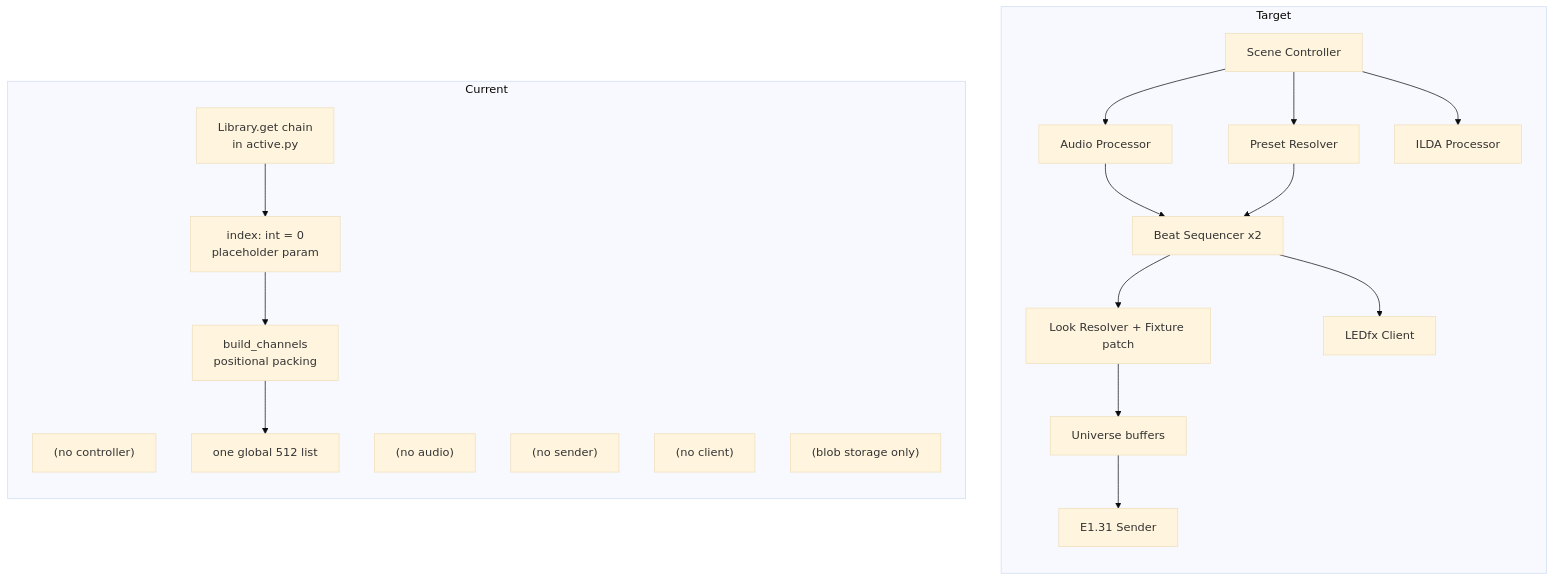
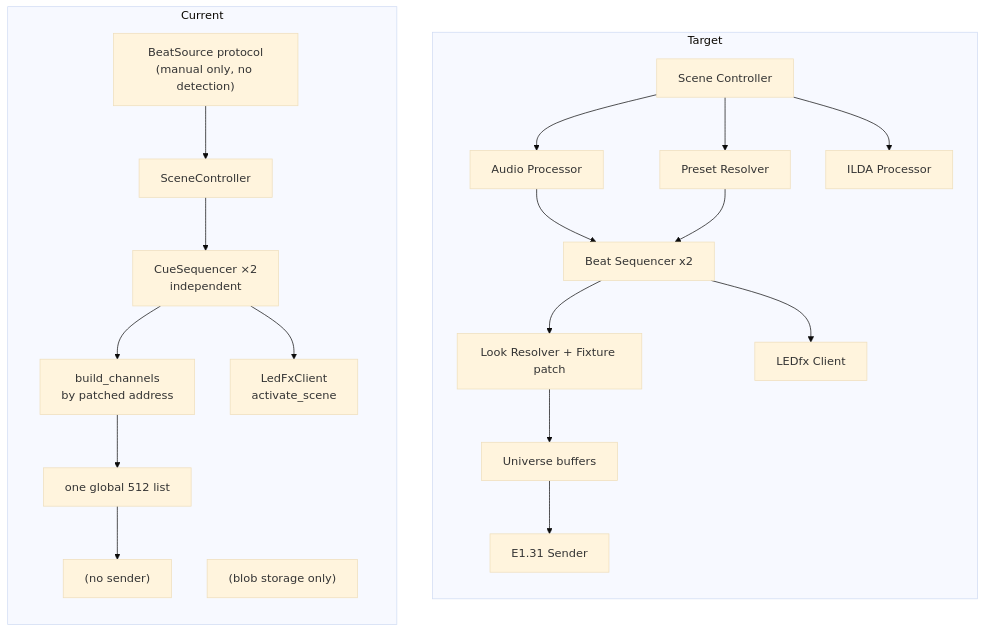
Before and after one commit to glane339/lightsappnew: the tenth of 10 diagrams in docs/architecture.md, drawn with Mermaid (base theme). The commit also changed other lines of this file and 23 other files, not shown here.

````diff
--- a/docs/architecture.md
+++ b/docs/architecture.md
@@ -466,28 +480,29 @@
 ```mermaid
 flowchart TB
     subgraph T["Target"]
         direction TB
         t1["Scene Controller"] --> t2["Audio Processor"]
         t1 --> t3["Preset Resolver"]
         t2 --> t4["Beat Sequencer x2"]
         t3 --> t4
         t4 --> t5["Look Resolver + Fixture patch"]
         t5 --> t6["Universe buffers"]
         t6 --> t7["E1.31 Sender"]
         t4 --> t8["LEDfx Client"]
         t1 --> t9["ILDA Processor"]
     end
     subgraph C["Current"]
         direction TB
-        c1["(no controller)"]
-        c2["(no audio)"]
-        c3["Library.get chain<br/>in active.py"]
-        c4["index: int = 0<br/>placeholder param"]
-        c5["build_channels<br/>positional packing"]
+        c1["SceneController"]
+        c2["BeatSource protocol<br/>(manual only, no detection)"]
+        c3["CueSequencer ×2<br/>independent"]
+        c5["build_channels<br/>by patched address"]
         c6["one global 512 list"]
         c7["(no sender)"]
-        c8["(no client)"]
+        c8["LedFxClient<br/>activate_scene"]
         c9["(blob storage only)"]
-        c3 --> c4 --> c5 --> c6
+        c2 --> c1 --> c3
+        c3 --> c5 --> c6 --> c7
+        c3 --> c8
     end
 ```
````
